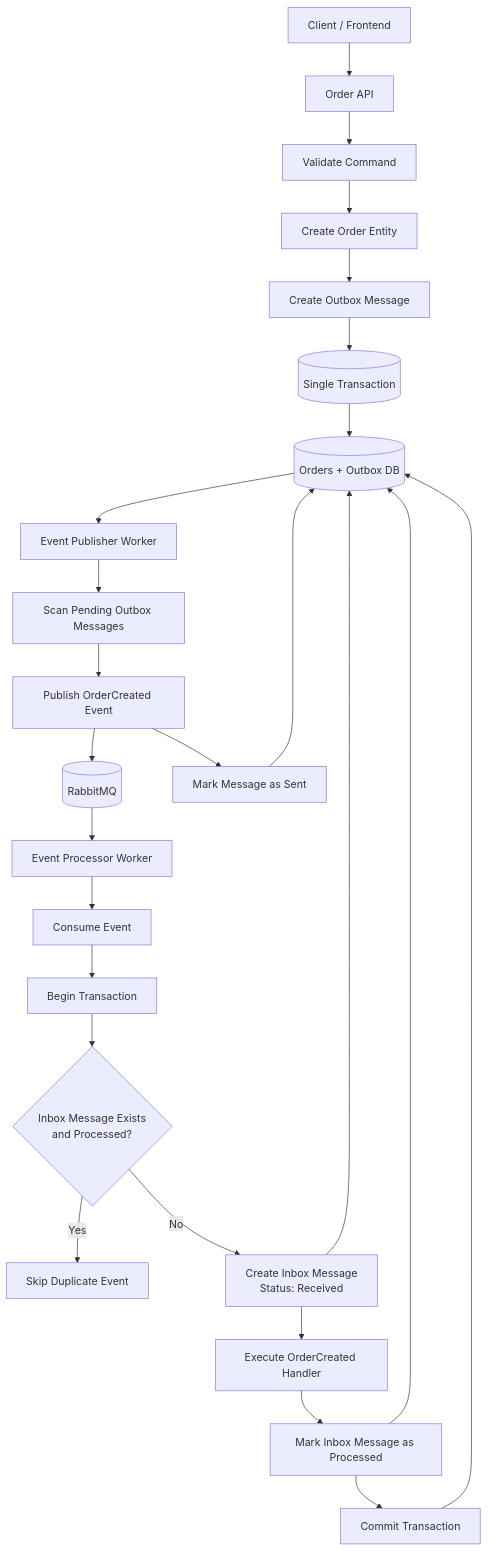
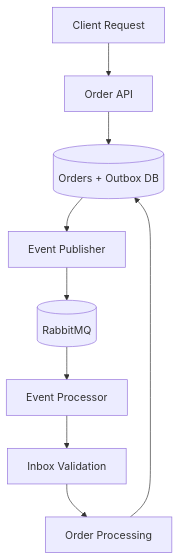
One commit to SteVentis/architecture-lab-event-driven changed the diagram in README.md. Above: the diagram before and after it, drawn with Mermaid.

````diff
--- a/README.md
+++ b/README.md
@@ -17,34 +17,11 @@
 ```mermaid
 flowchart TD
-    client[Client / Frontend] --> api[Order API]
-
-    api --> validate[Validate Command]
-    validate --> order[Create Order Entity]
-    order --> outbox[Create Outbox Message]
-    outbox --> tx[(Single Transaction)]
-
-    tx --> db[(Orders + Outbox DB)]
-
-    db --> publisher[Event Publisher Worker]
-    publisher --> scan[Scan Pending Outbox Messages]
-    scan --> publish[Publish OrderCreated Event]
-    publish --> rabbit[(RabbitMQ)]
-    publish --> sent[Mark Message as Sent]
-
-    rabbit --> processor[Event Processor Worker]
-    processor --> consume[Consume Event]
-    consume --> beginTx[Begin Transaction]
-    beginTx --> inboxLookup{Inbox Message Exists<br/>and Processed?}
-
-    inboxLookup -->|Yes| skip[Skip Duplicate Event]
-    inboxLookup -->|No| createInbox[Create Inbox Message<br/>Status: Received]
-
-    createInbox --> handle[Execute OrderCreated Handler]
-    handle --> markProcessed[Mark Inbox Message as Processed]
-    markProcessed --> commit[Commit Transaction]
-
-    sent --> db
-    createInbox --> db
-    markProcessed --> db
-    commit --> db
+    A[Client Request] --> B[Order API]
+    B --> C[(Orders + Outbox DB)]
+    C --> D[Event Publisher]
+    D --> E[(RabbitMQ)]
+    E --> F[Event Processor]
+    F --> G[Inbox Validation]
+    G --> H[Order Processing]
+    H --> C
 ```
````
